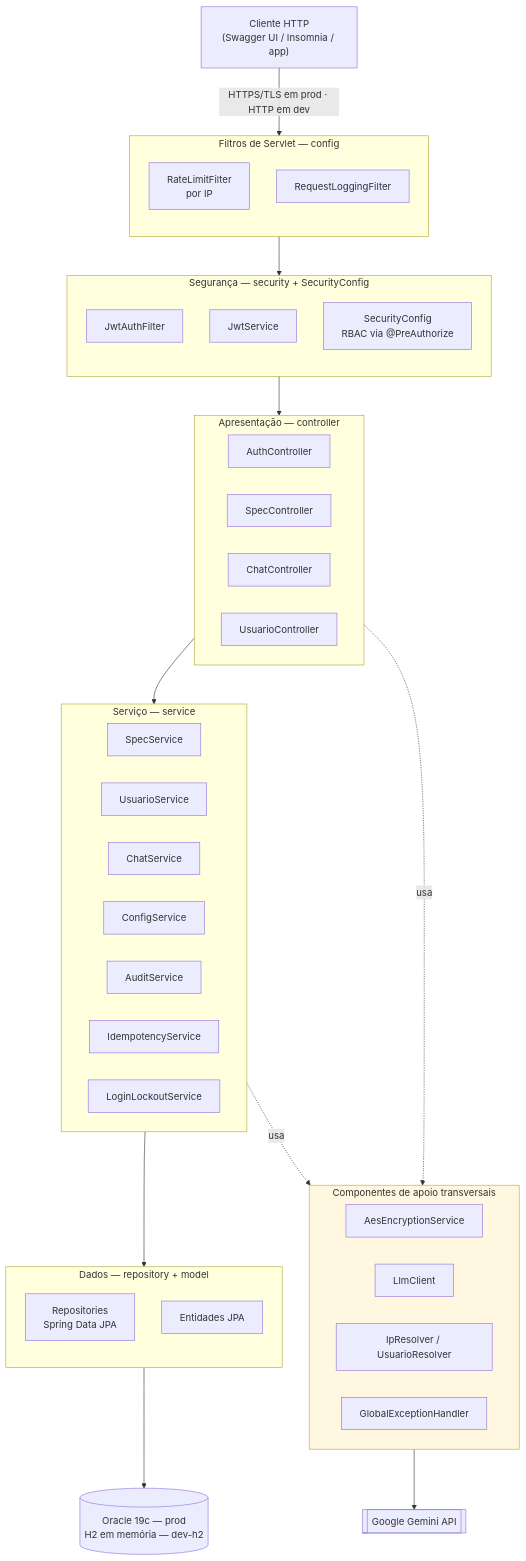
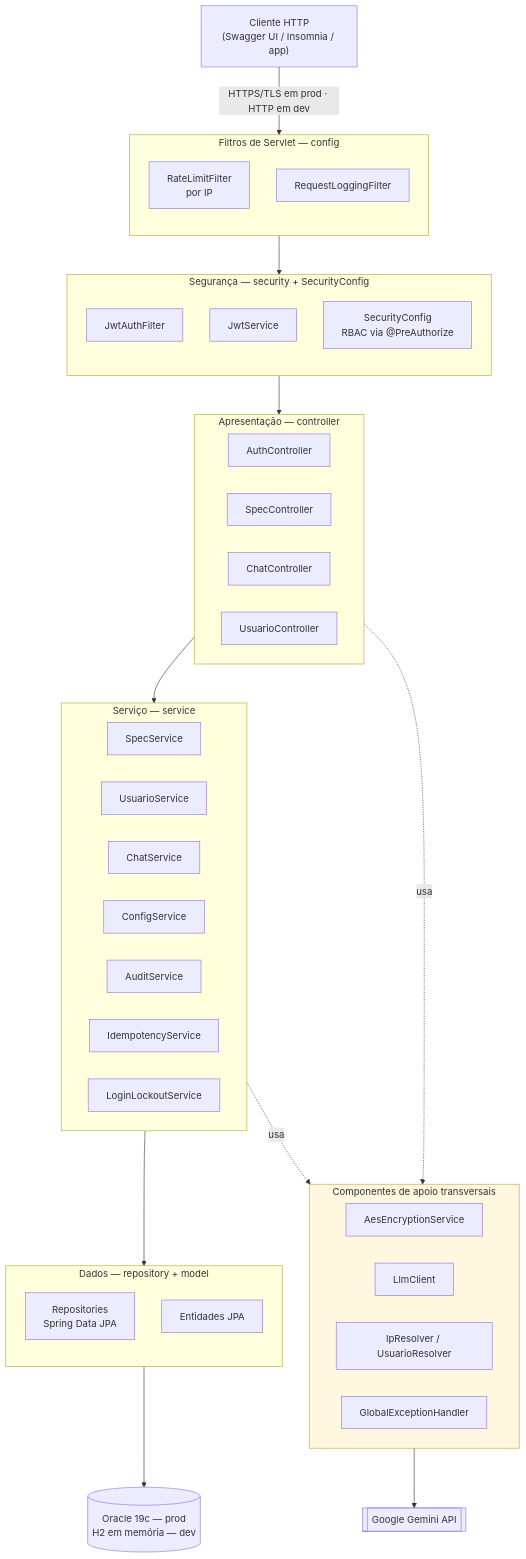
One commit to renan-utida/Sprint-Ford-icers-API changed the diagram in docs/Sprint3/diagramas/arquitetura-simplificada-soa.mmd. Above: the diagram before and after it, drawn with Mermaid. The commit also changed 4 other files, not shown here.

```diff
--- a/docs/Sprint3/diagramas/arquitetura-simplificada-soa.mmd
+++ b/docs/Sprint3/diagramas/arquitetura-simplificada-soa.mmd
@@ -1,67 +1,67 @@
 %%{init: {'flowchart': {'nodeSpacing': 45, 'rankSpacing': 65}}}%%
 flowchart TD
     Client["Cliente HTTP<br/>(Swagger UI / Insomnia / app)"]
 
     subgraph Filtros["Filtros de Servlet — config"]
         direction TB
         RLF["RateLimitFilter<br/>por IP"]
         RLOG["RequestLoggingFilter"]
     end
 
     subgraph Seguranca["Segurança — security + SecurityConfig"]
         direction TB
         JAF["JwtAuthFilter"]
         JWT["JwtService"]
         SC["SecurityConfig<br/>RBAC via @PreAuthorize"]
     end
 
     subgraph Apresentacao["Apresentação — controller"]
         direction LR
         AuthC["AuthController"]
         SpecC["SpecController"]
         ChatC["ChatController"]
         UsuC["UsuarioController"]
     end
 
     subgraph Negocio["Serviço — service"]
         direction LR
         SpecS["SpecService"]
         UsuS["UsuarioService"]
         ChatS["ChatService"]
         ConfS["ConfigService"]
         AuditS["AuditService"]
         IdemS["IdempotencyService"]
         LockS["LoginLockoutService"]
     end
 
     subgraph Dados["Dados — repository + model"]
         direction TB
         Repo["Repositories<br/>Spring Data JPA"]
         Model["Entidades JPA"]
     end
 
-    DB[("Oracle 19c — prod<br/>H2 em memória — dev-h2")]
+    DB[("Oracle 19c — prod<br/>H2 em memória — dev")]
 
     Client -->|"HTTPS/TLS em prod · HTTP em dev"| Filtros
     Filtros --> Seguranca
     Seguranca --> Apresentacao
     Apresentacao --> Negocio
     Negocio --> Dados
     Dados --> DB
 
     subgraph Apoio["Componentes de apoio transversais"]
         direction LR
         Aes["AesEncryptionService"]
         Llm["LlmClient"]
         Util["IpResolver / UsuarioResolver"]
         Exc["GlobalExceptionHandler"]
     end
 
     Gemini[["Google Gemini API"]]
 
     Apresentacao -. usa .-> Apoio
     Negocio -. usa .-> Apoio
     Llm --> Gemini
 
     classDef apoio fill:#fff7e0,stroke:#c9a227;
     class Apoio apoio
```
